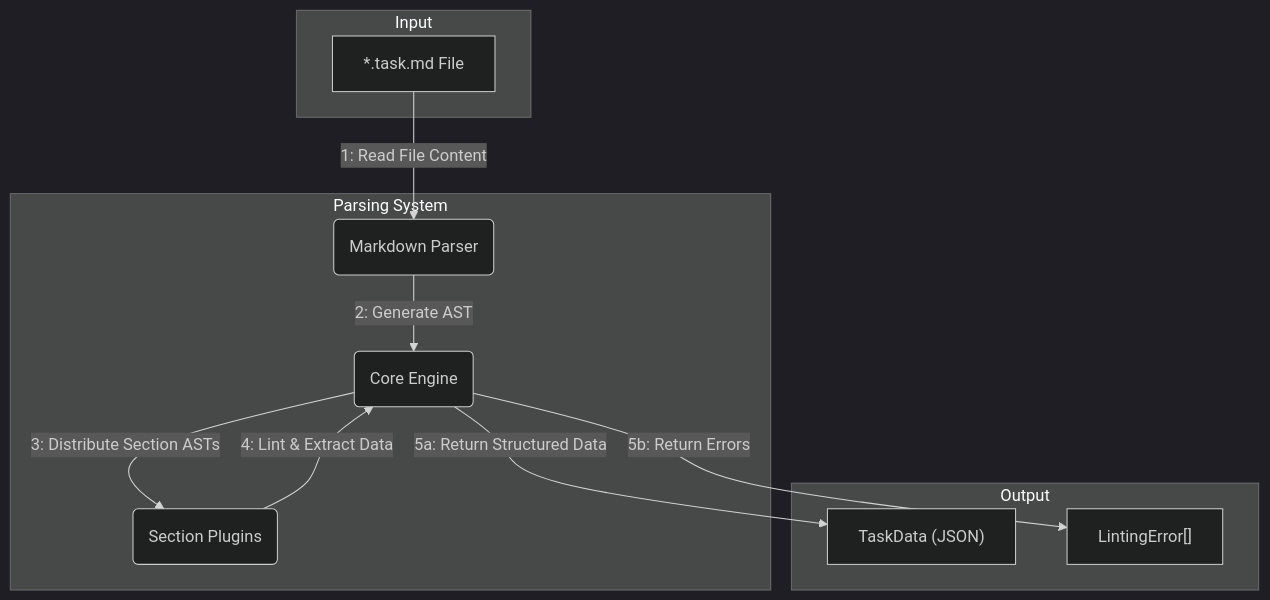
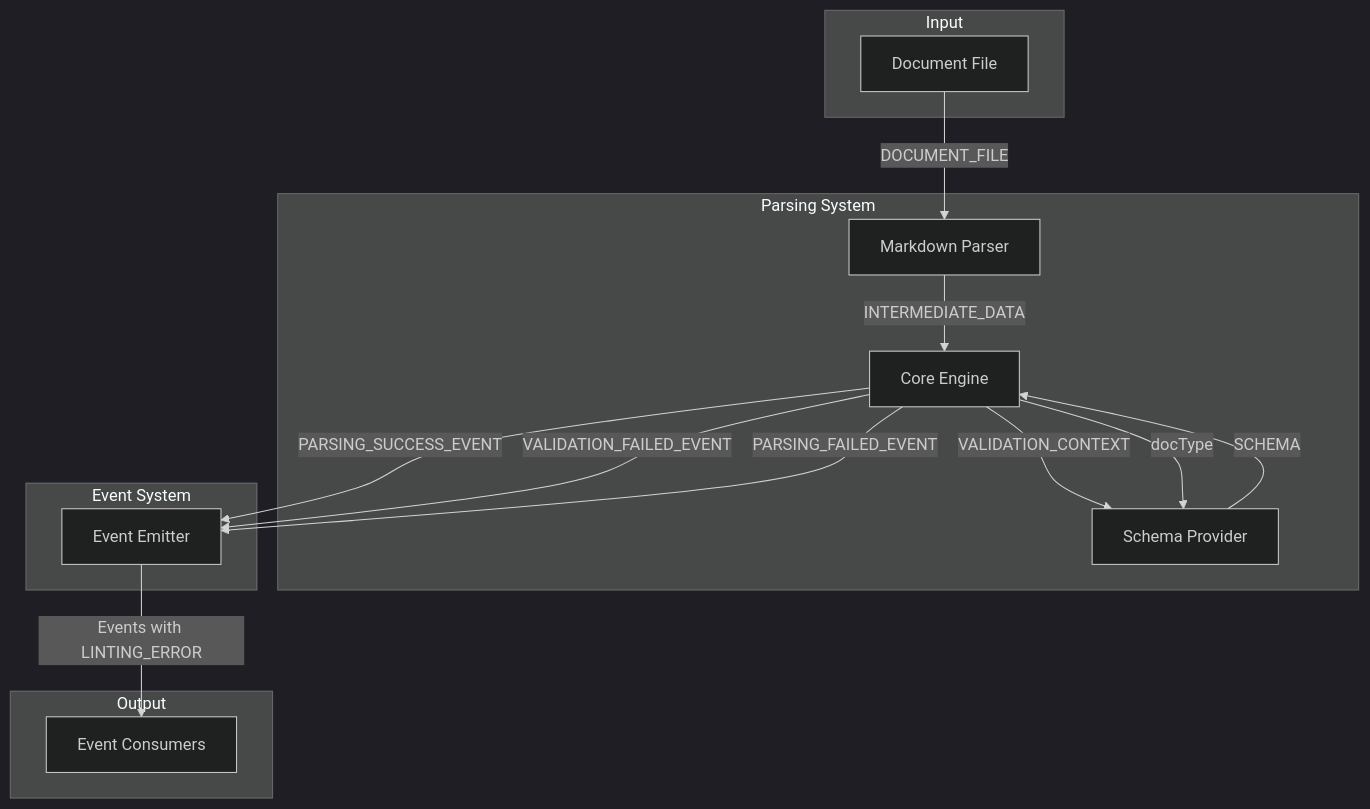
Before and after one commit to livelifelively/documentation-driven-development-tools: the sixth of 7 diagrams in docs/requirements/p1.p5-doc-parser.plan.md, drawn with Mermaid (dark theme). The commit also changed other lines of this file and 2 other files, not shown here.

````diff
--- a/docs/requirements/p1.p5-doc-parser.plan.md
+++ b/docs/requirements/p1.p5-doc-parser.plan.md
@@ -274,24 +367,30 @@
 ```mermaid
 graph TD
     subgraph "Input"
-        A["*.task.md File"]
+        A["Document File"]
     end
 
     subgraph "Parsing System"
-        B(Markdown Parser)
-        C(Core Engine)
-        D(Section Plugins)
+        B[Markdown Parser]
+        C[Core Engine]
+        D[Schema Provider]
+    end
+
+    subgraph "Event System"
+        E[Event Emitter]
     end
 
     subgraph "Output"
-        E["TaskData (JSON)"]
-        F["LintingError[]"]
+        F[Event Consumers]
     end
 
-    A -- "1: Read File Content" --> B
-    B -- "2: Generate AST" --> C
-    C -- "3: Distribute Section ASTs" --> D
-    D -- "4: Lint & Extract Data" --> C
-    C -- "5a: Return Structured Data" --> E
-    C -- "5b: Return Errors" --> F
+    A -- "DOCUMENT_FILE" --> B
+    B -- "INTERMEDIATE_DATA" --> C
+    C -- "VALIDATION_CONTEXT" --> D
+    C -- "docType" --> D
+    D -- "SCHEMA" --> C
+    C -- "PARSING_SUCCESS_EVENT" --> E
+    C -- "VALIDATION_FAILED_EVENT" --> E
+    C -- "PARSING_FAILED_EVENT" --> E
+    E -- "Events with LINTING_ERROR" --> F
 ```
````
